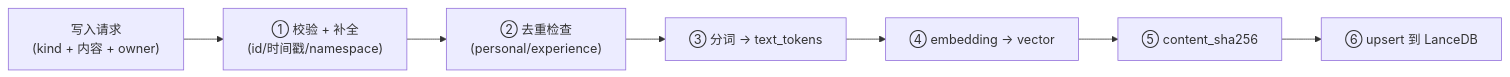
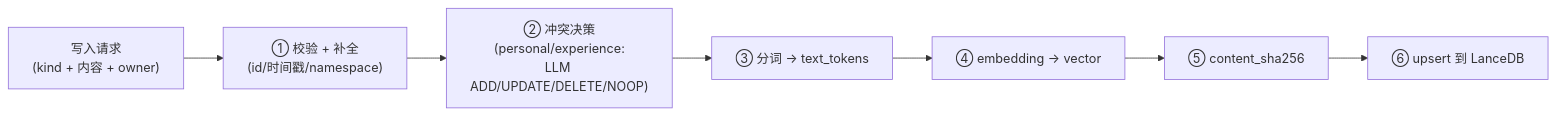
The second of 2 diagrams in docs/modules/memory/memory-types.md (Kairos0922/kairos-agent-infra), drawn with Mermaid before and after one commit. The commit also changed other lines of this file and 12 other files, not shown here.

````diff
--- a/docs/modules/memory/memory-types.md
+++ b/docs/modules/memory/memory-types.md
@@ -251,11 +294,11 @@
 ```mermaid
 flowchart LR
     IN["写入请求<br/>(kind + 内容 + owner)"]
     V["① 校验 + 补全<br/>(id/时间戳/namespace)"]
-    DEDUP["② 去重检查<br/>(personal/experience)"]
+    DEDUP["② 冲突决策<br/>(personal/experience:<br/>LLM ADD/UPDATE/DELETE/NOOP)"]
     TOK["③ 分词 → text_tokens"]
     EMB["④ embedding → vector"]
     HASH["⑤ content_sha256"]
     UP["⑥ upsert 到 LanceDB"]
     IN --> V --> DEDUP --> TOK --> EMB --> HASH --> UP
 ```
````
